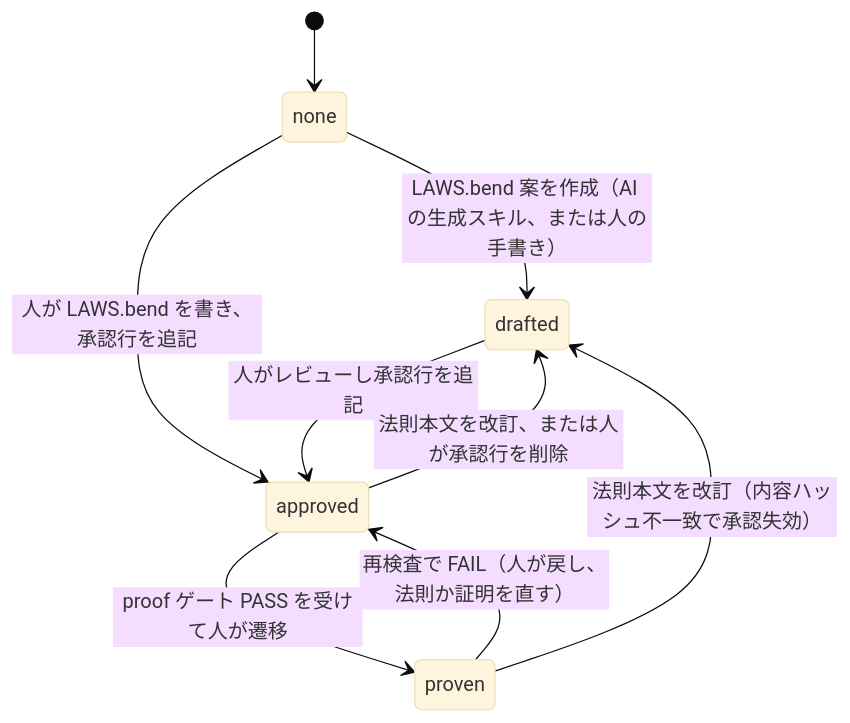
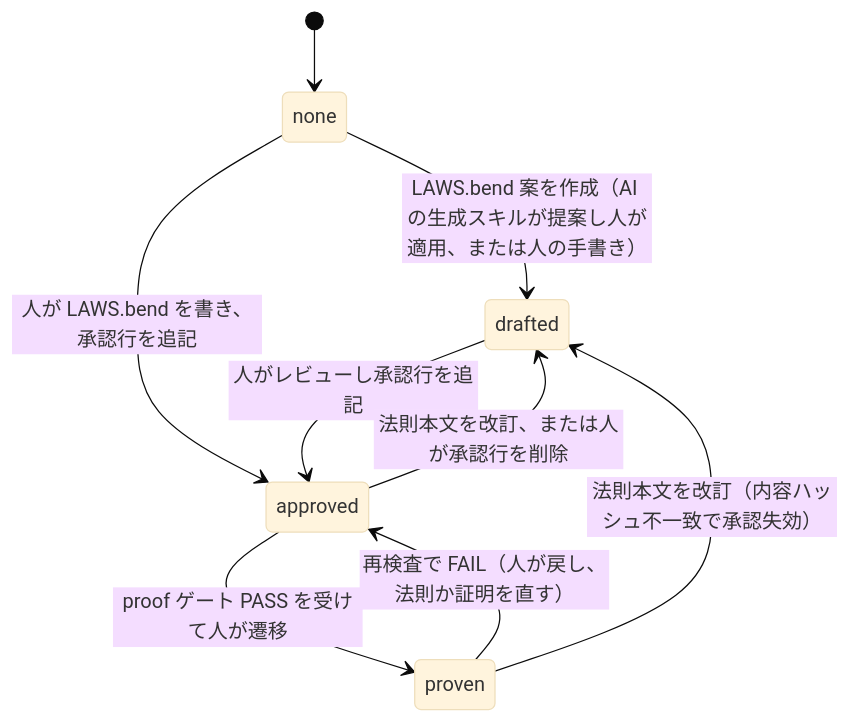
The second of 2 diagrams in .sdd/specification/task-implementation/proof-gate_spec.md (ToshikiImagawa/ai-sdd-workflow-dev), drawn with Mermaid (base theme) before and after one commit. The commit also changed other lines of this file and 3 other files, not shown here.

````diff
--- a/.sdd/specification/task-implementation/proof-gate_spec.md
+++ b/.sdd/specification/task-implementation/proof-gate_spec.md
@@ -326,11 +326,11 @@
 ```mermaid
 stateDiagram-v2
     [*] --> none
-    none --> drafted: LAWS.bend 案を作成（AI の生成スキル、または人の手書き）
+    none --> drafted: LAWS.bend 案を作成（AI の生成スキルが提案し人が適用、または人の手書き）
     none --> approved: 人が LAWS.bend を書き、承認行を追記
     drafted --> approved: 人がレビューし承認行を追記
     approved --> proven: proof ゲート PASS を受けて人が遷移
     proven --> approved: 再検査で FAIL（人が戻し、法則か証明を直す）
     proven --> drafted: 法則本文を改訂（内容ハッシュ不一致で承認失効）
     approved --> drafted: 法則本文を改訂、または人が承認行を削除
 ```
````
